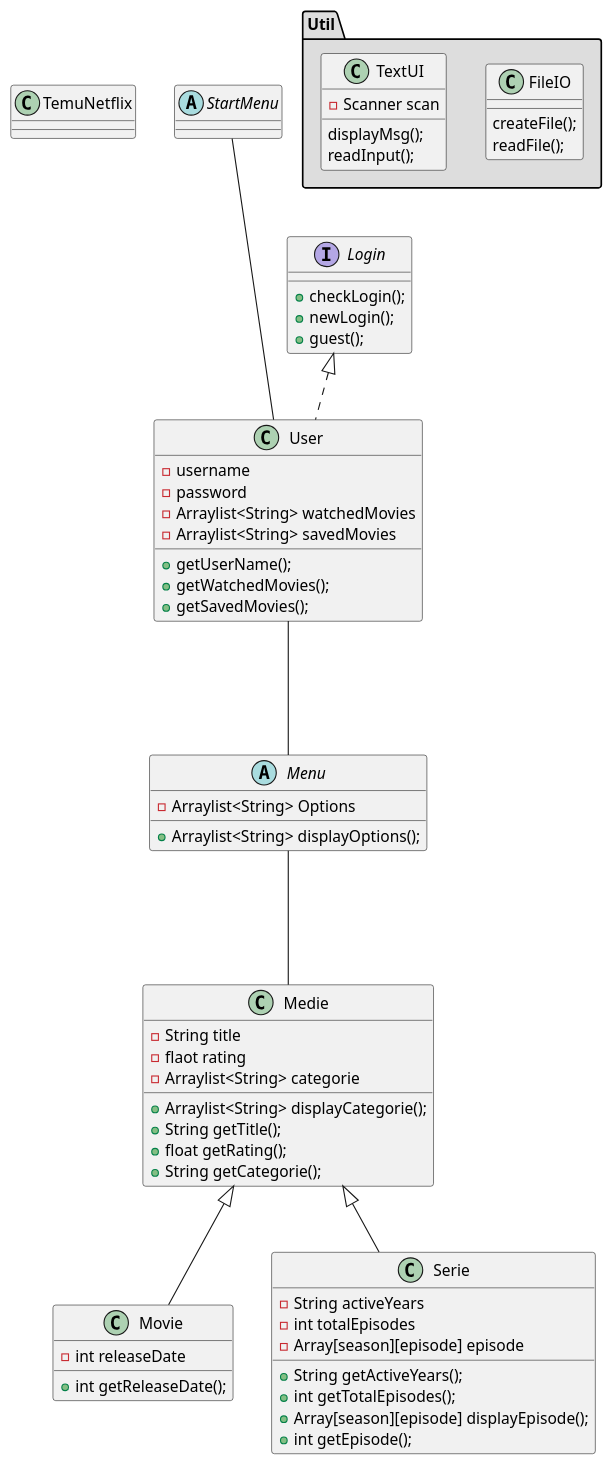
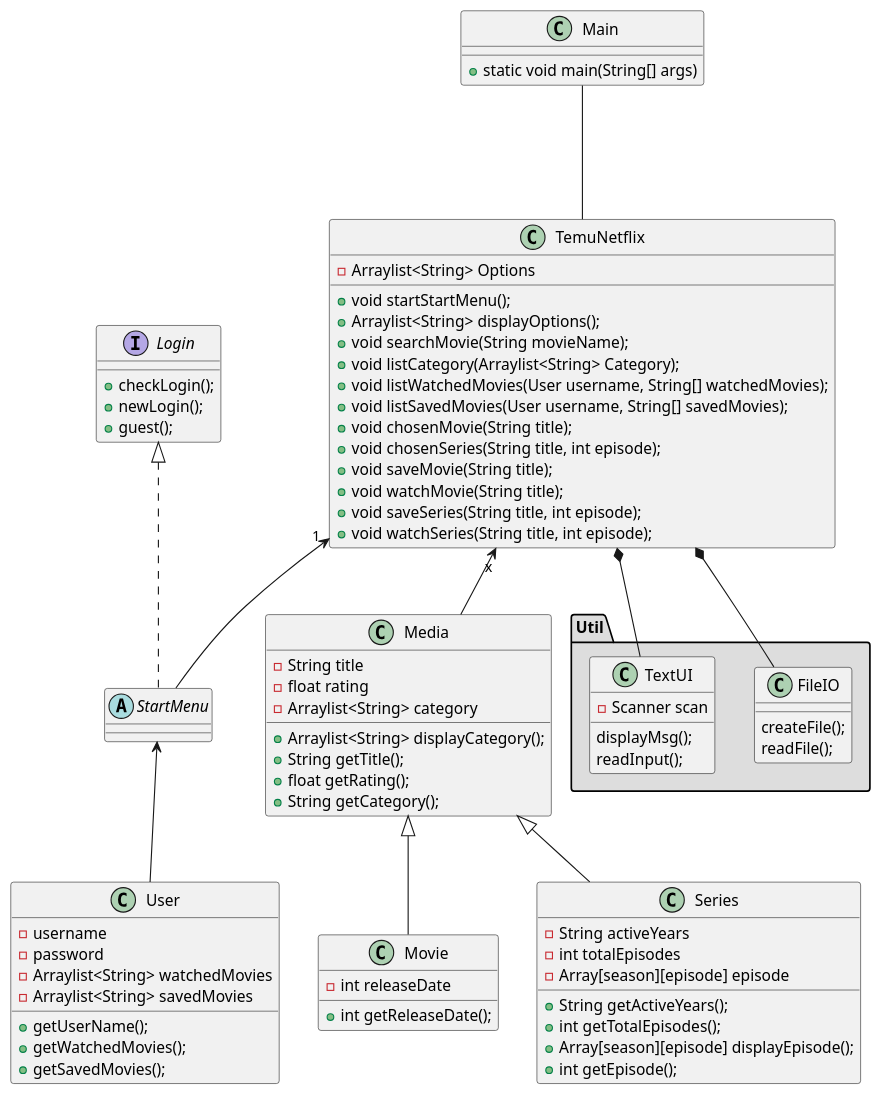
One commit to Peter-kunosu/En-Streaming-Tjeneste changed the diagram in src/Diagrams/ClassDiagram.puml. Above: the diagram before and after it, drawn with PlantUML.

Commit message:
classDiagram updates

```diff
--- a/src/Diagrams/ClassDiagram.puml
+++ b/src/Diagrams/ClassDiagram.puml
@@ -1,55 +1,76 @@
 @startuml
 'https://plantuml.com/class-diagram
 
+class Main
+Main : +static void main(String[] args)
 class TemuNetflix
-abstract class StartMenu
-StartMenu --- User
-abstract class Menu
-Menu : -Arraylist<String> Options
-Menu : +Arraylist<String> displayOptions();
-Menu --- Medie
-class Medie
-Medie : -String title
-Medie : -flaot rating
-Medie : -Arraylist<String> categorie
-Medie : +Arraylist<String> displayCategorie();
-Medie : +String getTitle();
-Medie : +float getRating();
-Medie : +String getCategorie();
-class Movie extends Medie
+TemuNetflix : +void startStartMenu();
+TemuNetflix : -Arraylist<String> Options
+TemuNetflix : +Arraylist<String> displayOptions();
+TemuNetflix : +void searchMovie(String movieName);
+TemuNetflix : +void listCategory(Arraylist<String> Category);
+TemuNetflix : +void listWatchedMovies(User username, String[] watchedMovies);
+TemuNetflix : +void listSavedMovies(User username, String[] savedMovies);
+TemuNetflix : +void chosenMovie(String title);
+TemuNetflix : +void chosenSeries(String title, int episode);
+TemuNetflix : +void saveMovie(String title);
+TemuNetflix : +void watchMovie(String title);
+TemuNetflix : +void saveSeries(String title, int episode);
+TemuNetflix : +void watchSeries(String title, int episode);
+
+
+
+abstract class StartMenu implements Login
+class Media
+Media : -String title
+Media : -float rating
+Media : -Arraylist<String> category
+Media : +Arraylist<String> displayCategory();
+Media : +String getTitle();
+Media : +float getRating();
+Media : +String getCategory();
+
+class Movie extends Media
 Movie : -int releaseDate
 Movie : +int getReleaseDate();
-class Serie extends Medie
-Serie : -String activeYears
-Serie : -int totalEpisodes
-Serie : -Array[season][episode] episode
-Serie : +String getActiveYears();
-Serie : +int getTotalEpisodes();
-Serie : +Array[season][episode] displayEpisode();
-Serie : +int getEpisode();
-class User implements Login
+
+class Series extends Media
+Series : -String activeYears
+Series : -int totalEpisodes
+Series : -Array[season][episode] episode
+Series : +String getActiveYears();
+Series : +int getTotalEpisodes();
+Series : +Array[season][episode] displayEpisode();
+Series : +int getEpisode();
+
+class User
 User : -username
 User : -password
 User : -Arraylist<String> watchedMovies
 User : -Arraylist<String> savedMovies
 User : +getUserName();
 User : +getWatchedMovies();
 User : +getSavedMovies();
-User --- Menu
 
 interface Login
 Login : +checkLogin();
 Login : +newLogin();
 Login : +guest();
 
 package "Util" #DDDDDD{
-    class FileIO
-    FileIO : createFile();
-    FileIO : readFile();
-    class TextUI
-    TextUI : -Scanner scan
-    TextUI : displayMsg();
-    TextUI : readInput();
+class FileIO
+FileIO : createFile();
+FileIO : readFile();
+class TextUI
+TextUI : -Scanner scan
+TextUI : displayMsg();
+TextUI : readInput();
 }
+Main --- TemuNetflix
+TemuNetflix "1"<-- StartMenu
+TemuNetflix "x"<-- Media
+StartMenu <-- User
+TemuNetflix *-- TextUI
+TemuNetflix *-- FileIO
 
 @enduml
```
